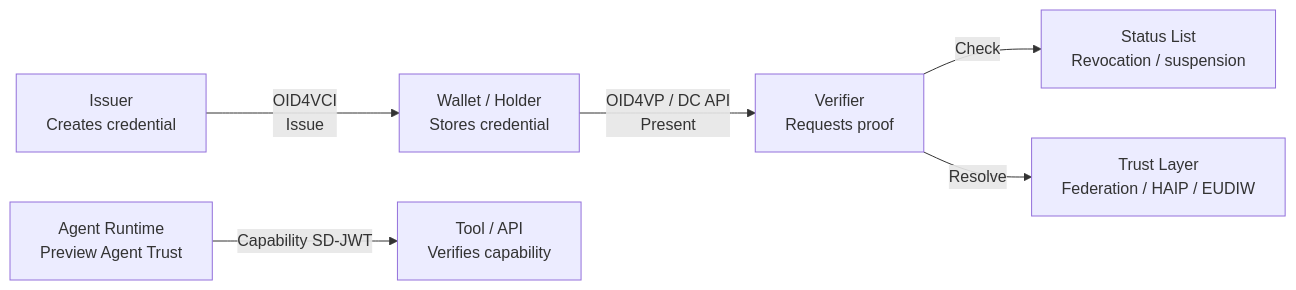
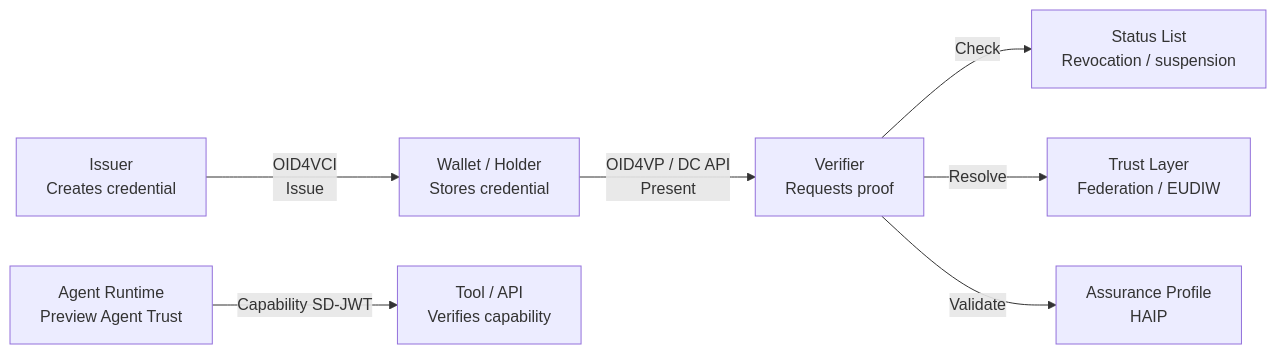
Before and after one commit to openwallet-foundation-labs/sd-jwt-dotnet: the first of 2 diagrams in docs/index.md, drawn with Mermaid. The commit also changed other lines of this file and 138 other files, not shown here.

````diff
--- a/docs/index.md
+++ b/docs/index.md
@@ -21,16 +21,18 @@
 ```mermaid
 flowchart LR
     Issuer["Issuer<br/>Creates credential"]
     Wallet["Wallet / Holder<br/>Stores credential"]
     Verifier["Verifier<br/>Requests proof"]
     Status["Status List<br/>Revocation / suspension"]
-    Trust["Trust Layer<br/>Federation / HAIP / EUDIW"]
+    Trust["Trust Layer<br/>Federation / EUDIW"]
+    Profile["Assurance Profile<br/>HAIP"]
     Agent["Agent Runtime<br/>Preview Agent Trust"]
     Tool["Tool / API<br/>Verifies capability"]
 
     Issuer -->|"OID4VCI<br/>Issue"| Wallet
     Wallet -->|"OID4VP / DC API<br/>Present"| Verifier
     Verifier -->|"Check"| Status
     Verifier -->|"Resolve"| Trust
+    Verifier -->|"Validate"| Profile
     Agent -->|"Capability SD-JWT"| Tool
 ```
````
